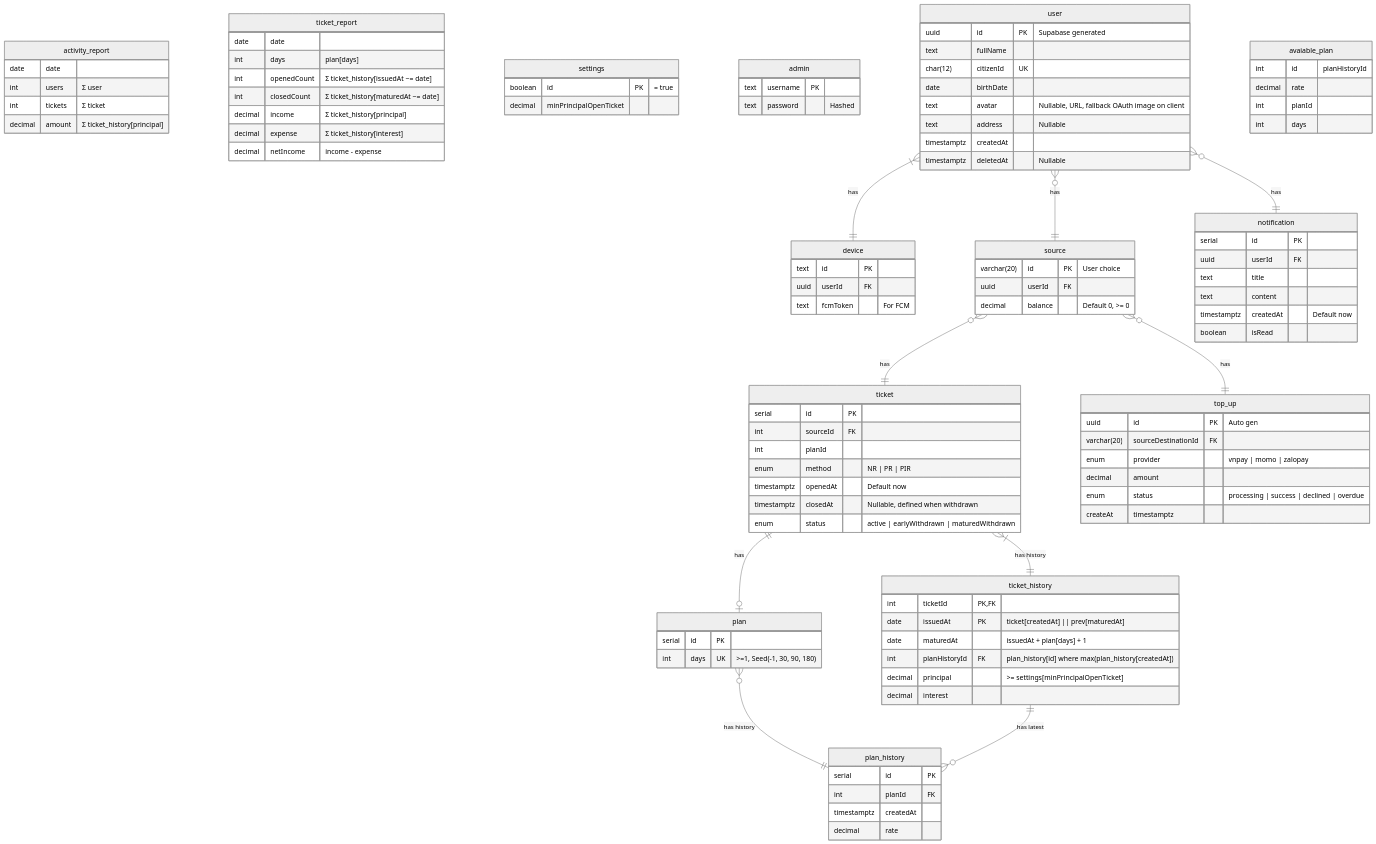
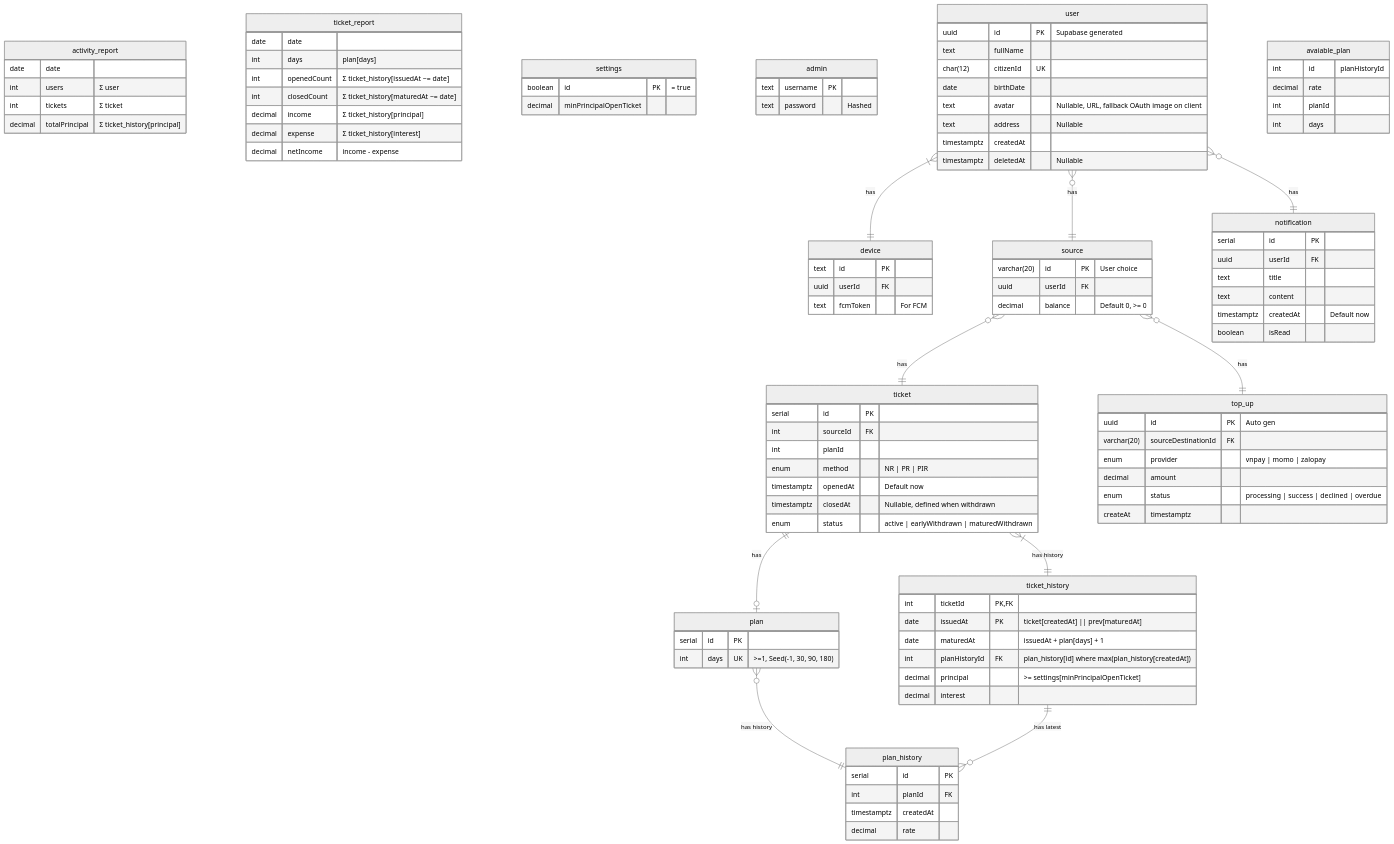
Before and after one commit to coinhub-uit/coinhub-uit.github.io: the diagram in docs/diagrams/database/index.md, drawn with Mermaid (neutral theme). The commit also changed 1 other file, not shown here.

Commit message:
fix(db/activity-report): change `amount` to `totalPrincipal`

```diff
--- a/docs/diagrams/database/index.md
+++ b/docs/diagrams/database/index.md
@@ -10,7 +10,7 @@
     date date
     int users "Σ user"
     int tickets "Σ ticket"
-    decimal amount "Σ ticket_history[principal]"
+    decimal totalPrincipal "Σ ticket_history[principal]"
   }
 
   ticket_report {
```
